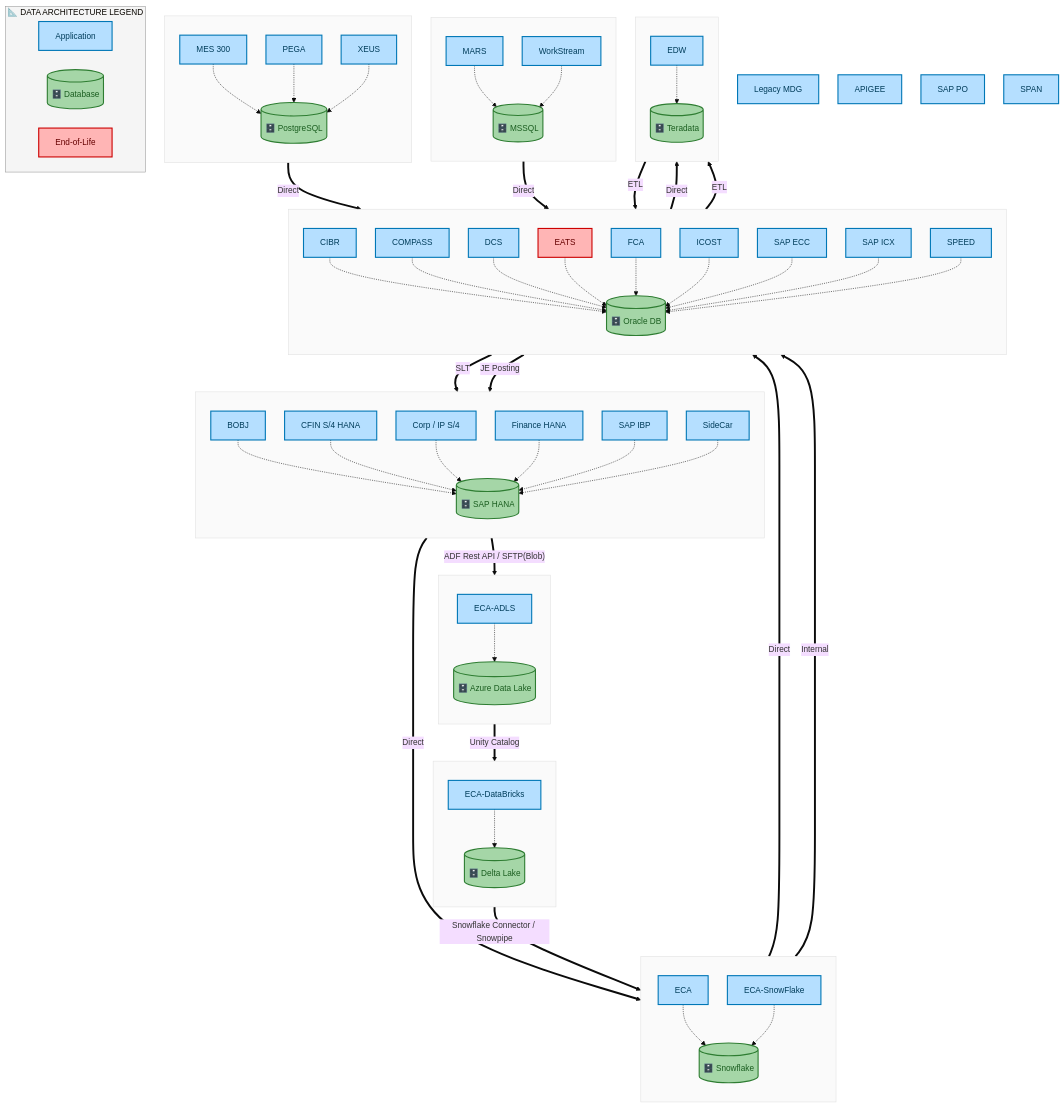
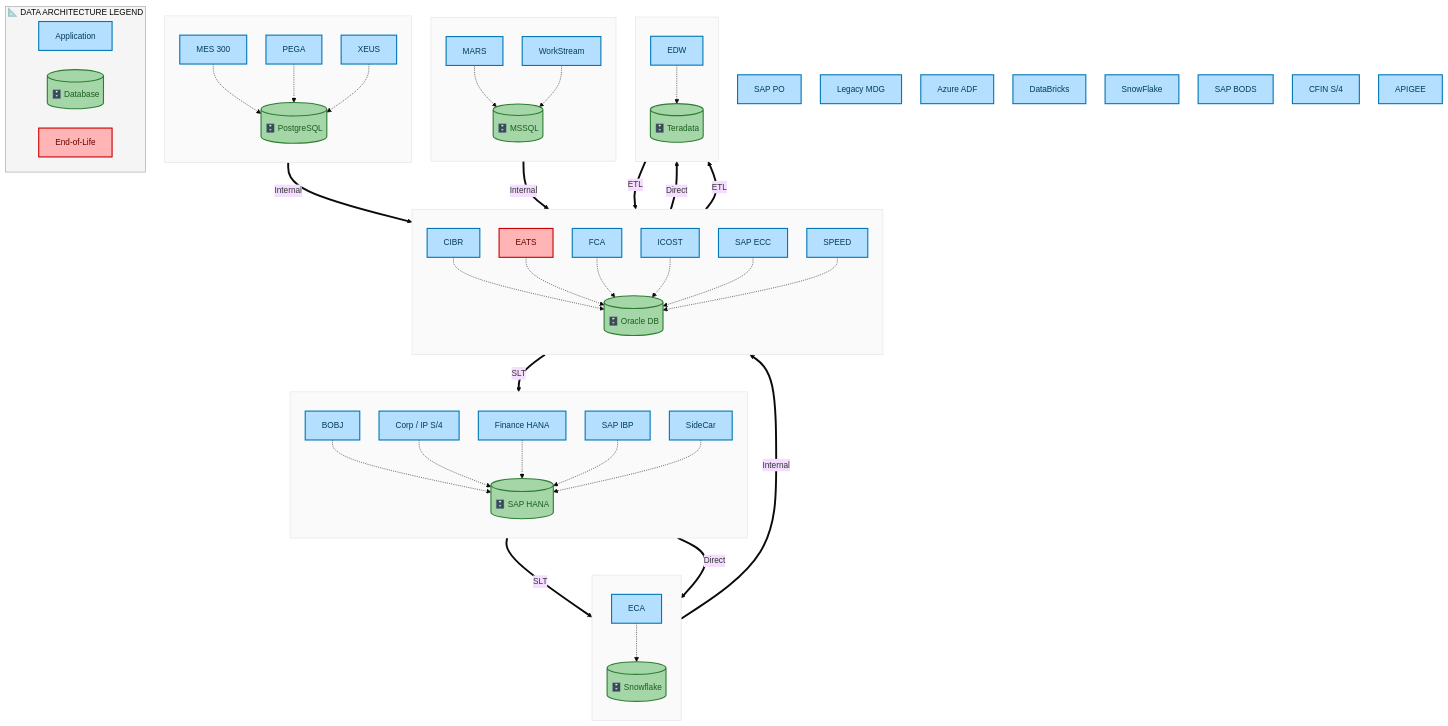
Before and after one commit to sajivfrancis777/IAO-Architecture: diagram 16 of 21 in towers/FPR/DS Provide Decision Support/DS-020/output/docs/systems-architecture/DS-020-Architecture.md, drawn with Mermaid. The commit also changed other lines of this file and 375 other files, not shown here.

First line of the commit message:
fix: Mermaid subgraph syntax for lane names with parens + PDF print footer on every page

```diff
--- a/towers/FPR/DS Provide Decision Support/DS-020/output/docs/systems-architecture/DS-020-Architecture.md
+++ b/towers/FPR/DS Provide Decision Support/DS-020/output/docs/systems-architecture/DS-020-Architecture.md
@@ -1418,22 +1417,6 @@
     classDef appBox fill:#B5DFFF,stroke:#0077B6,stroke-width:2px,color:#003D5B
     classDef dbCyl fill:#A5D6A7,stroke:#2E7D32,stroke-width:2px,color:#1B5E20
     classDef eolBox fill:#FFB5B5,stroke:#CC0000,stroke-width:2px,color:#660000
-
-    subgraph DS020CDACL_Azure_Data_Lake[" "]
-        direction TB
-        DS020CDAA_ECA_ADLS["ECA-ADLS"]:::appBox
-        DS020CDAD_Azure_Data_Lake[("🗄️ Azure Data Lake")]:::dbCyl
-        DS020CDAA_ECA_ADLS -.-> DS020CDAD_Azure_Data_Lake
-    end
-    style DS020CDACL_Azure_Data_Lake fill:#FAFAFA,stroke:#E0E0E0,stroke-width:1px
-
-    subgraph DS020CDACL_Delta_Lake[" "]
-        direction TB
-        DS020CDAA_ECA_DataBricks["ECA-DataBricks"]:::appBox
-        DS020CDAD_Delta_Lake[("🗄️ Delta Lake")]:::dbCyl
-        DS020CDAA_ECA_DataBricks -.-> DS020CDAD_Delta_Lake
-    end
-    style DS020CDACL_Delta_Lake fill:#FAFAFA,stroke:#E0E0E0,stroke-width:1px
 
     subgraph DS020CDACL_MSSQL[" "]
         direction TB
@@ -1448,23 +1431,17 @@
     subgraph DS020CDACL_Oracle_DB[" "]
         direction TB
         DS020CDAA_CIBR["CIBR"]:::appBox
-        DS020CDAA_COMPASS["COMPASS"]:::appBox
-        DS020CDAA_DCS["DCS"]:::appBox
         DS020CDAA_EATS["EATS"]:::eolBox
         DS020CDAA_FCA["FCA"]:::appBox
         DS020CDAA_ICOST["ICOST"]:::appBox
         DS020CDAA_SAP_ECC["SAP ECC"]:::appBox
-        DS020CDAA_SAP_ICX["SAP ICX"]:::appBox
         DS020CDAA_SPEED["SPEED"]:::appBox
         DS020CDAD_Oracle_DB[("🗄️ Oracle DB")]:::dbCyl
         DS020CDAA_CIBR -.-> DS020CDAD_Oracle_DB
-        DS020CDAA_COMPASS -.-> DS020CDAD_Oracle_DB
-        DS020CDAA_DCS -.-> DS020CDAD_Oracle_DB
         DS020CDAA_EATS -.-> DS020CDAD_Oracle_DB
         DS020CDAA_FCA -.-> DS020CDAD_Oracle_DB
         DS020CDAA_ICOST -.-> DS020CDAD_Oracle_DB
         DS020CDAA_SAP_ECC -.-> DS020CDAD_Oracle_DB
-        DS020CDAA_SAP_ICX -.-> DS020CDAD_Oracle_DB
         DS020CDAA_SPEED -.-> DS020CDAD_Oracle_DB
     end
     style DS020CDACL_Oracle_DB fill:#FAFAFA,stroke:#E0E0E0,stroke-width:1px
@@ -1484,14 +1461,12 @@
     subgraph DS020CDACL_SAP_HANA[" "]
         direction TB
         DS020CDAA_BOBJ["BOBJ"]:::appBox
-        DS020CDAA_CFIN_S_4_HANA["CFIN S/4 HANA"]:::appBox
         DS020CDAA_Corp_IP_S_4["Corp / IP S/4"]:::appBox
         DS020CDAA_Finance_HANA["Finance HANA"]:::appBox
         DS020CDAA_SAP_IBP["SAP IBP"]:::appBox
         DS020CDAA_SideCar["SideCar"]:::appBox
         DS020CDAD_SAP_HANA[("🗄️ SAP HANA")]:::dbCyl
         DS020CDAA_BOBJ -.-> DS020CDAD_SAP_HANA
-        DS020CDAA_CFIN_S_4_HANA -.-> DS020CDAD_SAP_HANA
         DS020CDAA_Corp_IP_S_4 -.-> DS020CDAD_SAP_HANA
         DS020CDAA_Finance_HANA -.-> DS020CDAD_SAP_HANA
         DS020CDAA_SAP_IBP -.-> DS020CDAD_SAP_HANA
@@ -1502,10 +1477,8 @@
     subgraph DS020CDACL_Snowflake[" "]
         direction TB
         DS020CDAA_ECA["ECA"]:::appBox
-        DS020CDAA_ECA_SnowFlake["ECA-SnowFlake"]:::appBox
         DS020CDAD_Snowflake[("🗄️ Snowflake")]:::dbCyl
         DS020CDAA_ECA -.-> DS020CDAD_Snowflake
-        DS020CDAA_ECA_SnowFlake -.-> DS020CDAD_Snowflake
     end
     style DS020CDACL_Snowflake fill:#FAFAFA,stroke:#E0E0E0,stroke-width:1px
 
@@ -1517,21 +1490,21 @@
     end
     style DS020CDACL_Teradata fill:#FAFAFA,stroke:#E0E0E0,stroke-width:1px
 
+    DS020CDAA_SAP_PO["SAP PO"]:::appBox
     DS020CDAA_Legacy_MDG["Legacy MDG"]:::appBox
+    DS020CDAA_Azure_ADF["Azure ADF"]:::appBox
+    DS020CDAA_DataBricks["DataBricks"]:::appBox
+    DS020CDAA_SnowFlake["SnowFlake"]:::appBox
+    DS020CDAA_SAP_BODS["SAP BODS"]:::appBox
+    DS020CDAA_CFIN_S_4["CFIN S/4"]:::appBox
     DS020CDAA_APIGEE["APIGEE"]:::appBox
-    DS020CDAA_SAP_PO["SAP PO"]:::appBox
-    DS020CDAA_SPAN["SPAN"]:::appBox
 
-    DS020CDAD_PostgreSQL ==>|"Direct"| DS020CDAD_Oracle_DB
-    DS020CDAD_MSSQL ==>|"Direct"| DS020CDAD_Oracle_DB
+    DS020CDAD_PostgreSQL ==>|"Internal"| DS020CDAD_Oracle_DB
+    DS020CDAD_MSSQL ==>|"Internal"| DS020CDAD_Oracle_DB
     DS020CDAD_Oracle_DB ==>|"Direct"| DS020CDAD_Teradata
     DS020CDAD_Oracle_DB ==>|"SLT"| DS020CDAD_SAP_HANA
-    DS020CDAD_SAP_HANA ==>|"ADF Rest API / SFTP(Blob)"| DS020CDAD_Azure_Data_Lake
-    DS020CDAD_Azure_Data_Lake ==>|"Unity Catalog"| DS020CDAD_Delta_Lake
-    DS020CDAD_Delta_Lake ==>|"Snowflake Connector / Snowpipe"| DS020CDAD_Snowflake
-    DS020CDAD_Snowflake ==>|"Direct"| DS020CDAD_Oracle_DB
+    DS020CDAD_SAP_HANA ==>|"SLT"| DS020CDAD_Snowflake
     DS020CDAD_Snowflake ==>|"Internal"| DS020CDAD_Oracle_DB
-    DS020CDAD_Oracle_DB ==>|"JE Posting"| DS020CDAD_SAP_HANA
     DS020CDAD_Oracle_DB ==>|"ETL"| DS020CDAD_Teradata
     DS020CDAD_Teradata ==>|"ETL"| DS020CDAD_Oracle_DB
     DS020CDAD_SAP_HANA ==>|"Direct"| DS020CDAD_Snowflake
```
